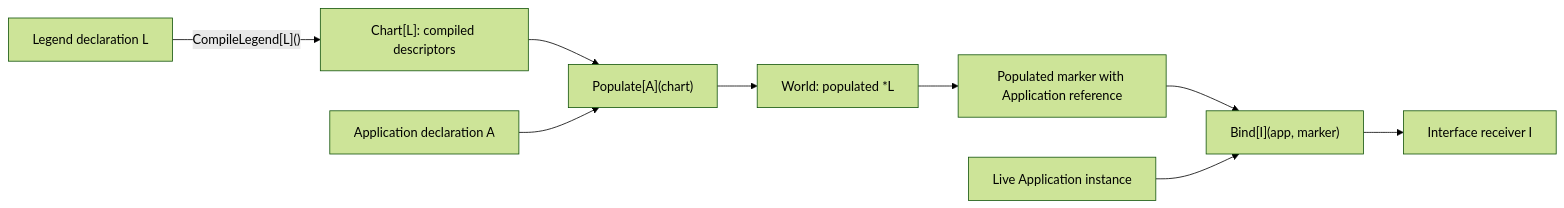
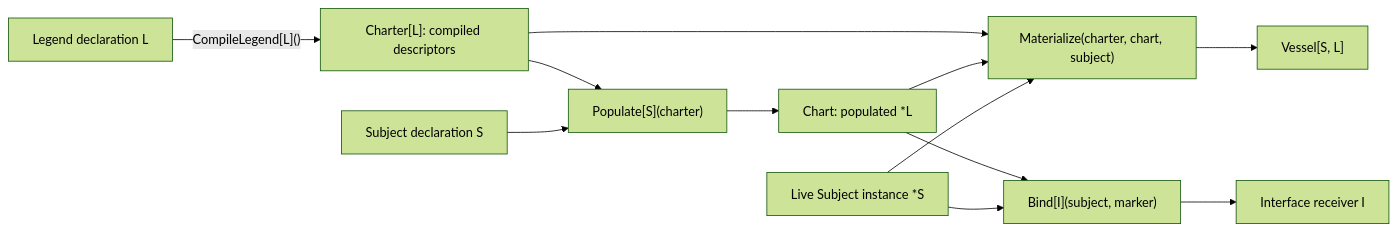
One commit to Qlustra/sail changed the diagram in readme.md. Above: the diagram before and after it, drawn with Mermaid (forest theme). The commit also changed other lines of this file and 35 other files, not shown here.

Commit message:
refine vocabulary: chart, charter, subject, vessel

````diff
--- a/readme.md
+++ b/readme.md
@@ -65,11 +69,14 @@
 ```mermaid
 flowchart LR
-    L["Legend declaration L"] -->|"CompileLegend[L]()"| C["Chart[L]: compiled descriptors"]
-    C --> P["Populate[A](chart)"]
-    A["Application declaration A"] --> P
-    P --> W["World: populated *L"]
-    W --> M["Populated marker with Application reference"]
-    M --> B["Bind[I](app, marker)"]
-    I["Live Application instance"] --> B
+    L["Legend declaration L"] -->|"CompileLegend[L]()"| C["Charter[L]: compiled descriptors"]
+    C --> P["Populate[S](charter)"]
+    S["Subject declaration S"] --> P
+    P --> T["Chart: populated *L"]
+    C --> M["Materialize(charter, chart, subject)"]
+    T --> M
+    I["Live Subject instance *S"] --> M
+    M --> V["Vessel[S, L]"]
+    T --> B["Bind[I](subject, marker)"]
+    I --> B
     B --> R["Interface receiver I"]
 ```
````
